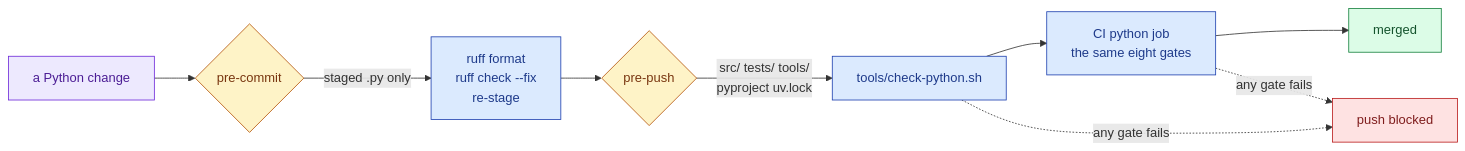
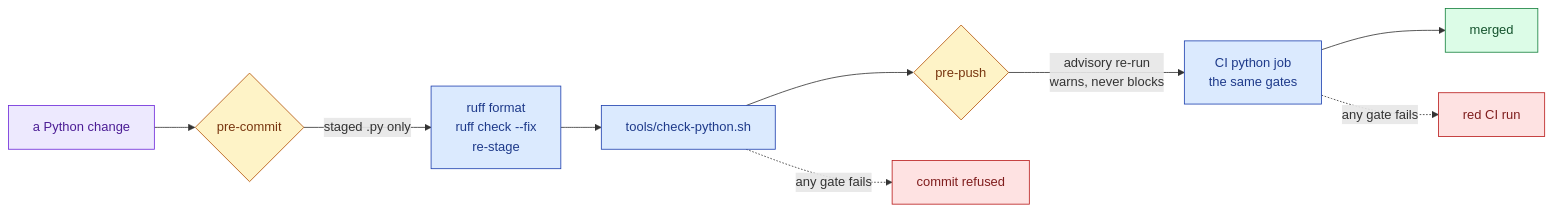
Before and after one commit to agharsallah/mva-hackathon: the diagram in docs/notes/python-quality-gates.md, drawn with Mermaid. The commit also changed other lines of this file and 3 other files, not shown here.

First line of the commit message:
ci(husky): block at commit, report at push

````diff
--- a/docs/notes/python-quality-gates.md
+++ b/docs/notes/python-quality-gates.md
@@ -35,17 +37,17 @@
 ```mermaid
 flowchart LR
     edit[a Python change]:::raw --> commit{pre-commit}:::decision
     commit -->|"staged .py only"| fix[ruff format<br/>ruff check --fix<br/>re-stage]:::machine
-    fix --> push{pre-push}:::decision
-    push -->|"src/ tests/ tools/<br/>pyproject uv.lock"| gate[tools/check-python.sh]:::machine
-    gate --> ci[CI python job<br/>the same eight gates]:::machine
+    fix --> gate[tools/check-python.sh]:::machine
+    gate --> push{pre-push}:::decision
+    push -->|"advisory re-run<br/>warns, never blocks"| ci[CI python job<br/>the same gates]:::machine
     ci --> merged[merged]:::goal
-    gate -.->|any gate fails| blocked[push blocked]:::bad
-    ci -.->|any gate fails| blocked
+    gate -.->|any gate fails| blocked[commit refused]:::bad
+    ci -.->|any gate fails| red[red CI run]:::bad
 
     classDef raw fill:#ede9fe,stroke:#6d28d9,color:#4c1d95
     classDef decision fill:#fef3c7,stroke:#b45309,color:#78350f
     classDef machine fill:#dbeafe,stroke:#1e40af,color:#1e3a8a
     classDef goal fill:#dcfce7,stroke:#15803d,color:#14532d
     classDef bad fill:#fee2e2,stroke:#b91c1c,color:#7f1d1d
 ```
````
